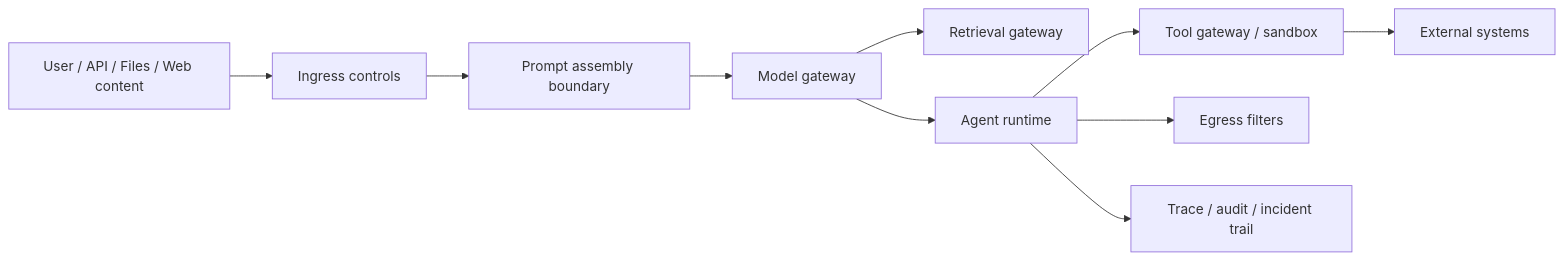
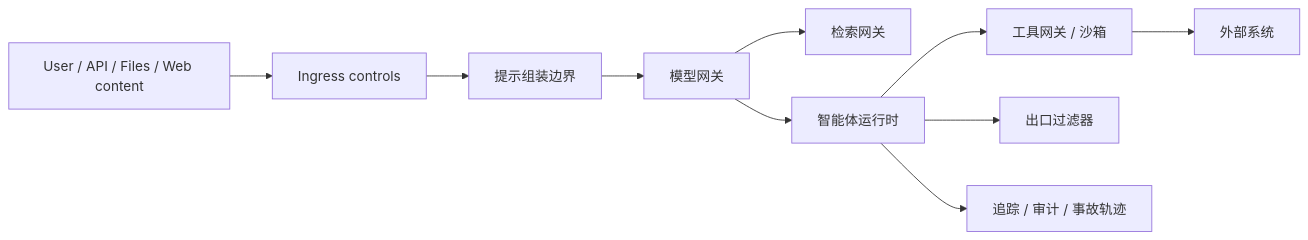
One commit to agent-axiom/agent-arch changed the diagram in docs/book/part-ii/chapter-3.zh.md. Above: the diagram before and after it, drawn with Mermaid. The commit also changed other lines of this file, not shown here.

````diff
--- a/docs/book/part-ii/chapter-3.zh.md
+++ b/docs/book/part-ii/chapter-3.zh.md
@@ -62,12 +62,12 @@
 ``` mermaid
 flowchart LR
     input["User / API / Files / Web content"] --> ingress["Ingress controls"]
-    ingress --> prompt["Prompt assembly boundary"]
-    prompt --> model["Model gateway"]
-    model --> retrieval["Retrieval gateway"]
-    model --> runtime["Agent runtime"]
-    runtime --> tools["Tool gateway / sandbox"]
-    tools --> systems["External systems"]
-    runtime --> egress["Egress filters"]
-    runtime --> audit["Trace / audit / incident trail"]
+    ingress --> prompt["提示组装边界"]
+    prompt --> model["模型网关"]
+    model --> retrieval["检索网关"]
+    model --> runtime["智能体运行时"]
+    runtime --> tools["工具网关 / 沙箱"]
+    tools --> systems["外部系统"]
+    runtime --> egress["出口过滤器"]
+    runtime --> audit["追踪 / 审计 / 事故轨迹"]
 ```
````
